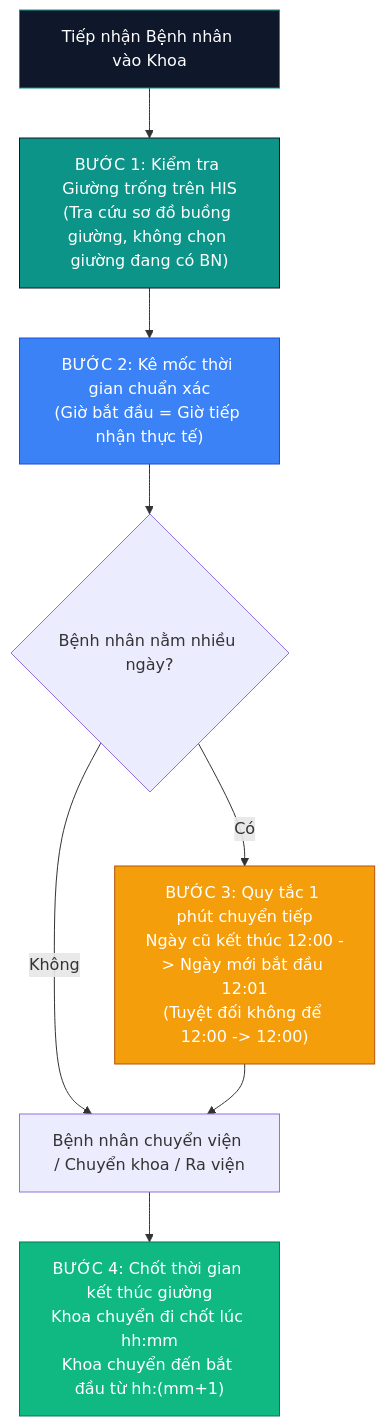
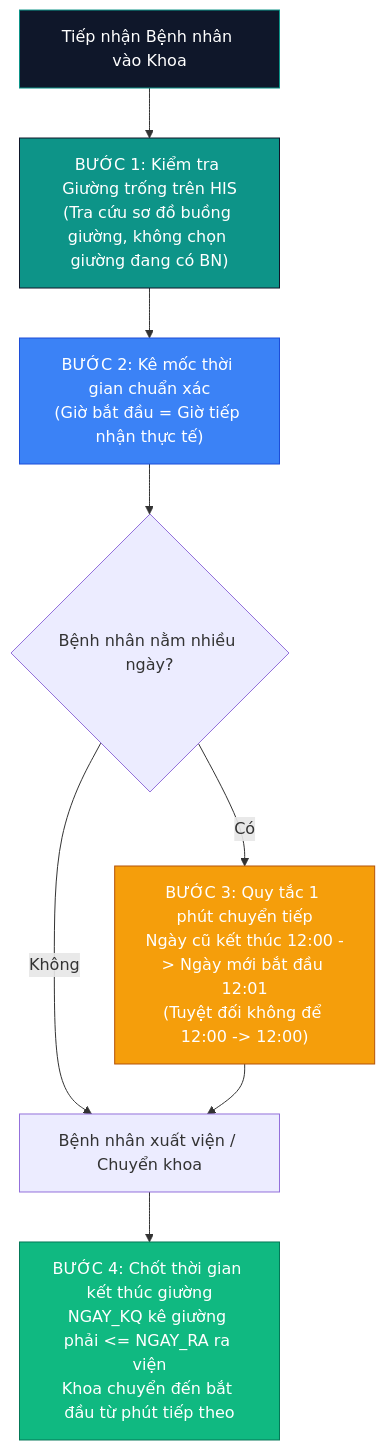
The second of 2 diagrams in BAO_CAO_RA_SOAT_TIEN_GIUONG_VA_GIUONG_GHEP_T11_2026.md (Nsnnam/xml3-duration-checker), drawn with Mermaid before and after one commit. The commit also changed other lines of this file and 20 other files, not shown here.

````diff
--- a/BAO_CAO_RA_SOAT_TIEN_GIUONG_VA_GIUONG_GHEP_T11_2026.md
+++ b/BAO_CAO_RA_SOAT_TIEN_GIUONG_VA_GIUONG_GHEP_T11_2026.md
@@ -131,16 +114,16 @@
 ```mermaid
 flowchart TD
     A["Tiếp nhận Bệnh nhân vào Khoa"] --> B["BƯỚC 1: Kiểm tra Giường trống trên HIS\n(Tra cứu sơ đồ buồng giường, không chọn giường đang có BN)"]
     B --> C["BƯỚC 2: Kê mốc thời gian chuẩn xác\n(Giờ bắt đầu = Giờ tiếp nhận thực tế)"]
     C --> D{"Bệnh nhân nằm nhiều ngày?"}
     D -- Có --> E["BƯỚC 3: Quy tắc 1 phút chuyển tiếp\nNgày cũ kết thúc 12:00 -> Ngày mới bắt đầu 12:01\n(Tuyệt đối không để 12:00 -> 12:00)"]
-    D -- Không --> F["Bệnh nhân chuyển viện / Chuyển khoa / Ra viện"]
+    D -- Không --> F["Bệnh nhân xuất viện / Chuyển khoa"]
     E --> F
-    F --> G["BƯỚC 4: Chốt thời gian kết thúc giường\nKhoa chuyển đi chốt lúc hh:mm\nKhoa chuyển đến bắt đầu từ hh:(mm+1)"]
+    F --> G["BƯỚC 4: Chốt thời gian kết thúc giường\nNGAY_KQ kê giường phải <= NGAY_RA ra viện\nKhoa chuyển đến bắt đầu từ phút tiếp theo"]
     
     style A fill:#0F172A,stroke:#0D9488,color:#fff
     style B fill:#0D9488,stroke:#0F172A,color:#fff
     style C fill:#3B82F6,stroke:#1D4ED8,color:#fff
     style E fill:#F59E0B,stroke:#B45309,color:#fff
     style G fill:#10B981,stroke:#047857,color:#fff
 ```
````
